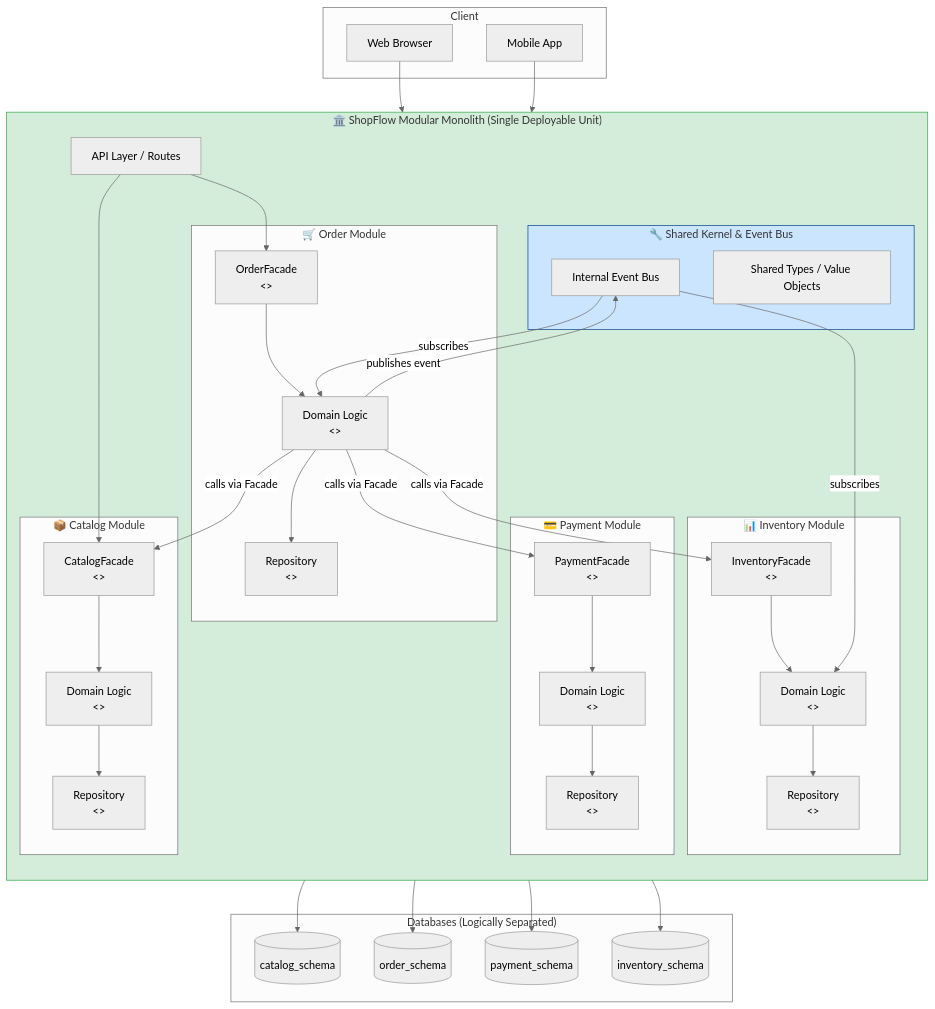
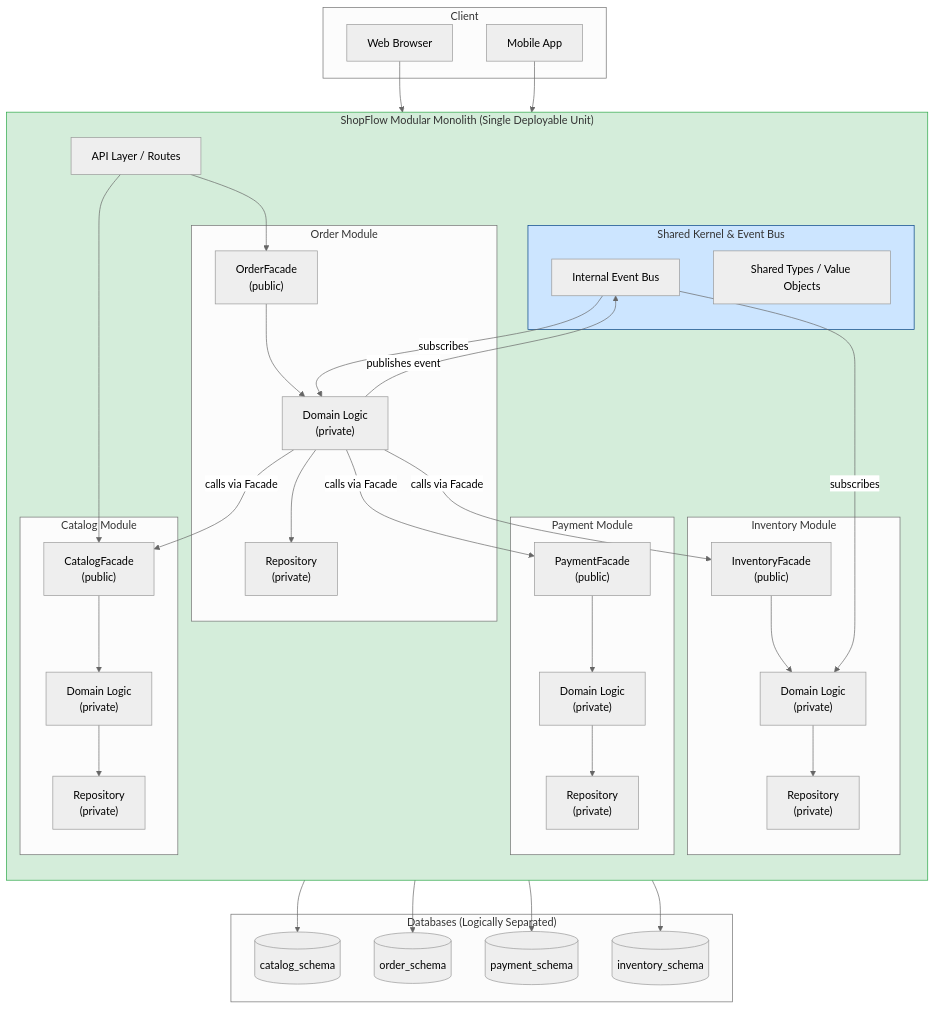
One commit to phatnguyen975/Software-Engineering changed the second of 26 diagrams in Software-Architecture/fundamentals/system-architecture/01-monolith-modular-microservices.md. Above: the diagram before and after it, drawn with Mermaid (neutral theme). The commit also changed other lines of this file and 4 other files, not shown here.

Commit message:
docs: update system architecture content

````diff
--- a/Software-Architecture/fundamentals/system-architecture/01-monolith-modular-microservices.md
+++ b/Software-Architecture/fundamentals/system-architecture/01-monolith-modular-microservices.md
@@ -281,76 +284,76 @@
 ```mermaid
 graph TB
     subgraph Client
         WEB[Web Browser]
         MOB[Mobile App]
     end
 
-    subgraph ModularMonolith["🏛️ ShopFlow Modular Monolith (Single Deployable Unit)"]
+    subgraph ModularMonolith["ShopFlow Modular Monolith (Single Deployable Unit)"]
         direction TB
 
         API_GW[API Layer / Routes]
 
-        subgraph CatalogModule["📦 Catalog Module"]
-            CAT_API[CatalogFacade<br/><<public>>]
-            CAT_DOM[Domain Logic<br/><<private>>]
-            CAT_REPO[Repository<br/><<private>>]
+        subgraph CatalogModule["Catalog Module"]
+            CAT_API["CatalogFacade\n(public)"]
+            CAT_DOM["Domain Logic\n(private)"]
+            CAT_REPO["Repository\n(private)"]
         end
 
-        subgraph OrderModule["🛒 Order Module"]
-            ORD_API[OrderFacade<br/><<public>>]
-            ORD_DOM[Domain Logic<br/><<private>>]
-            ORD_REPO[Repository<br/><<private>>]
+        subgraph OrderModule["Order Module"]
+            ORD_API["OrderFacade\n(public)"]
+            ORD_DOM["Domain Logic\n(private)"]
+            ORD_REPO["Repository\n(private)"]
         end
 
-        subgraph PaymentModule["💳 Payment Module"]
-            PAY_API[PaymentFacade<br/><<public>>]
-            PAY_DOM[Domain Logic<br/><<private>>]
-            PAY_REPO[Repository<br/><<private>>]
+        subgraph PaymentModule["Payment Module"]
+            PAY_API["PaymentFacade\n(public)"]
+            PAY_DOM["Domain Logic\n(private)"]
+            PAY_REPO["Repository\n(private)"]
         end
 
-        subgraph InventoryModule["📊 Inventory Module"]
-            INV_API[InventoryFacade<br/><<public>>]
-            INV_DOM[Domain Logic<br/><<private>>]
-            INV_REPO[Repository<br/><<private>>]
+        subgraph InventoryModule["Inventory Module"]
+            INV_API["InventoryFacade\n(public)"]
+            INV_DOM["Domain Logic\n(private)"]
+            INV_REPO["Repository\n(private)"]
         end
 
-        subgraph SharedKernel["🔧 Shared Kernel & Event Bus"]
+        subgraph SharedKernel["Shared Kernel & Event Bus"]
             EVENTS[Internal Event Bus]
             TYPES[Shared Types / Value Objects]
         end
     end
 
     subgraph DB["Databases (Logically Separated)"]
         CAT_DB[(catalog_schema)]
         ORD_DB[(order_schema)]
         PAY_DB[(payment_schema)]
         INV_DB[(inventory_schema)]
     end
 
     WEB --> API_GW
     MOB --> API_GW
     API_GW --> CAT_API
     API_GW --> ORD_API
 
     ORD_API --> ORD_DOM
     ORD_DOM --> ORD_REPO
     ORD_DOM -->|"calls via Facade"| CAT_API
     ORD_DOM -->|"calls via Facade"| PAY_API
     ORD_DOM -->|"calls via Facade"| INV_API
     ORD_DOM -->|"publishes event"| EVENTS
 
     CAT_API --> CAT_DOM --> CAT_REPO
     PAY_API --> PAY_DOM --> PAY_REPO
     INV_API --> INV_DOM --> INV_REPO
 
     EVENTS -->|"subscribes"| ORD_DOM
     EVENTS -->|"subscribes"| INV_DOM
 
     CAT_REPO --> CAT_DB
     ORD_REPO --> ORD_DB
     PAY_REPO --> PAY_DB
     INV_REPO --> INV_DB
 
     style ModularMonolith fill:#d4edda,stroke:#28a745
     style SharedKernel fill:#cce5ff,stroke:#004085
 ```
````
